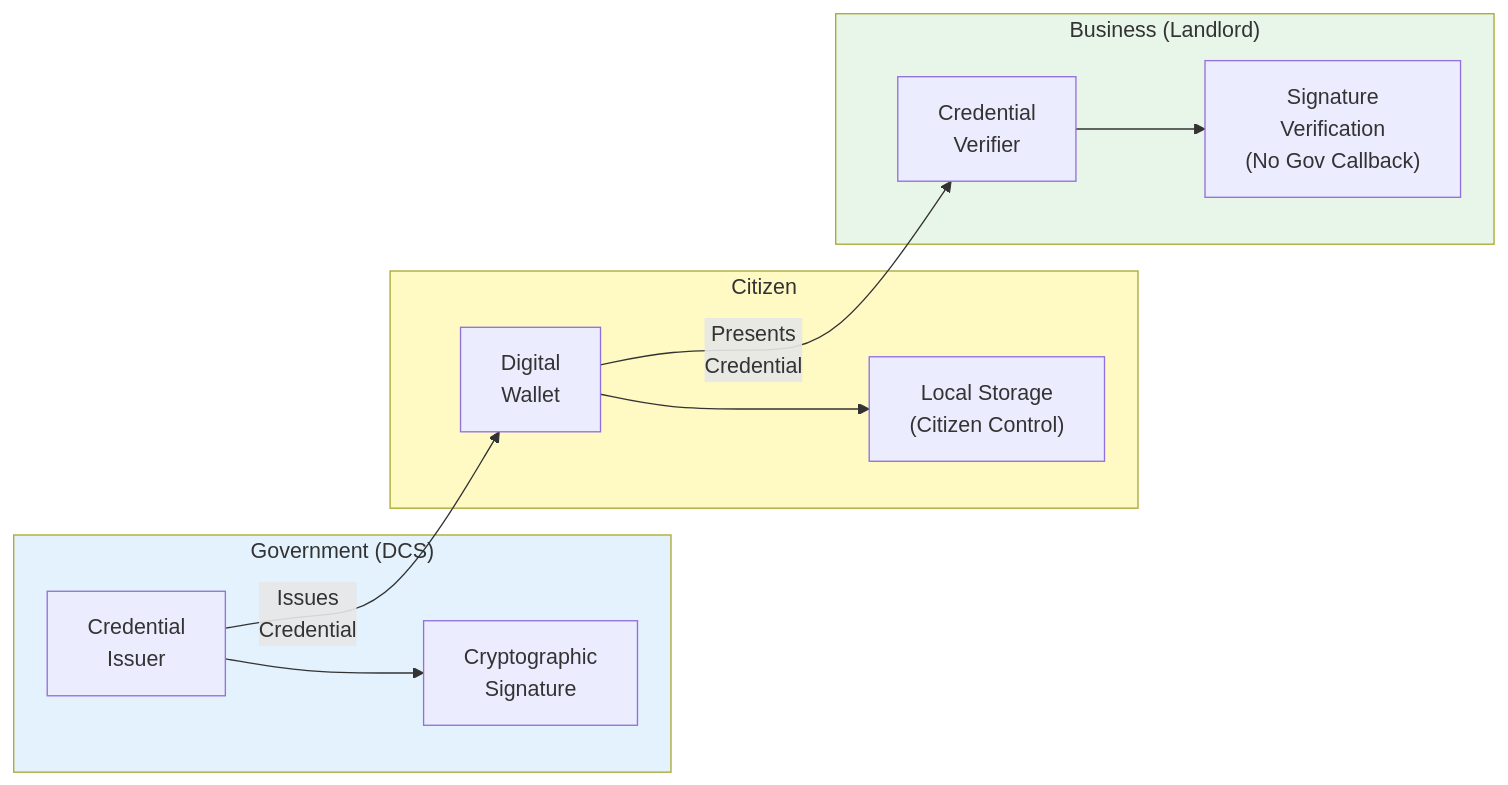
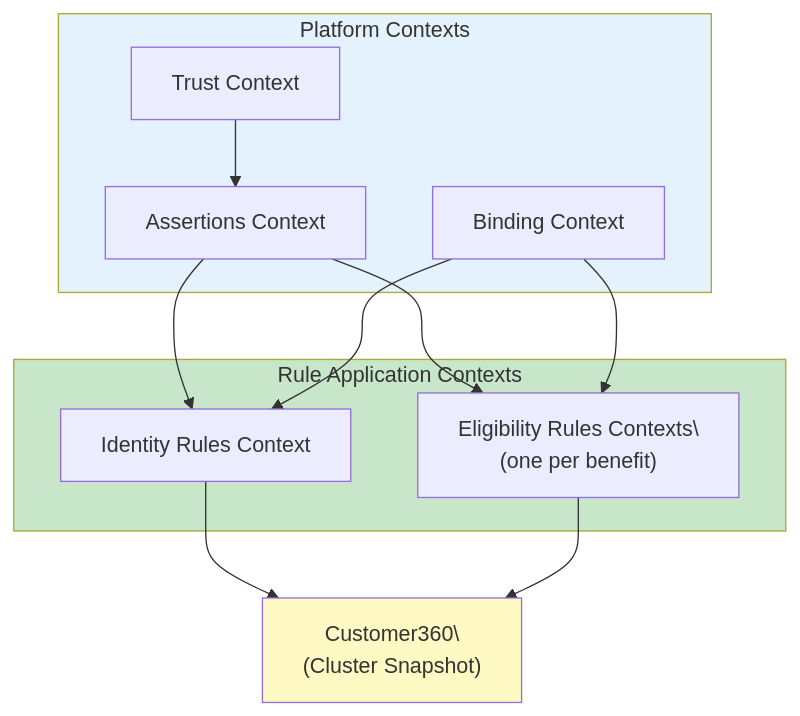
Before and after one commit to mrchughes/architecting-modern-government-services: the third of 3 diagrams in Paper_2_Evidence_Based_Identity.md, drawn with Mermaid. The commit also changed other lines of this file and 1 other file, not shown here.

First line of the commit message:
Paper 2 v2.0: assertion graph model rewrite

````diff
--- a/Paper_2_Evidence_Based_Identity.md
+++ b/Paper_2_Evidence_Based_Identity.md
@@ -1014,27 +589,25 @@
 ```mermaid
-flowchart LR
-    subgraph Gov["Government (DCS)"]
-        Issuer["Credential\nIssuer"]
-        Crypto1["Cryptographic\nSignature"]
+flowchart TB
+    subgraph Platform["Platform Contexts"]
+        AC["Assertions Context"]
+        TC["Trust Context"]
+        BC["Binding Context"]
     end
     
-    subgraph Citizen["Citizen"]
-        Wallet["Digital\nWallet"]
-        Storage["Local Storage\n(Citizen Control)"]
+    subgraph Rules["Rule Application Contexts"]
+        IRC["Identity Rules Context"]
+        ERC["Eligibility Rules Contexts\\n(one per benefit)"]
     end
     
-    subgraph Business["Business (Landlord)"]
-        Verifier["Credential\nVerifier"]
-        SigCheck["Signature\nVerification\n(No Gov Callback)"]
-    end
+    AC --> IRC
+    AC --> ERC
+    TC --> AC
+    BC --> IRC
+    BC --> ERC
+    IRC --> C360["Customer360\\n(Cluster Snapshot)"]
+    ERC --> C360
     
-    Issuer -->|"Issues\nCredential"| Wallet
-    Issuer --> Crypto1
-    Wallet --> Storage
-    Wallet -->|"Presents\nCredential"| Verifier
-    Verifier --> SigCheck
-    
-    style Gov fill:#e3f2fd
-    style Citizen fill:#fff9c4
-    style Business fill:#e8f5e9
+    style Platform fill:#e3f2fd
+    style Rules fill:#c8e6c9
+    style C360 fill:#fff9c4
 ```
````
